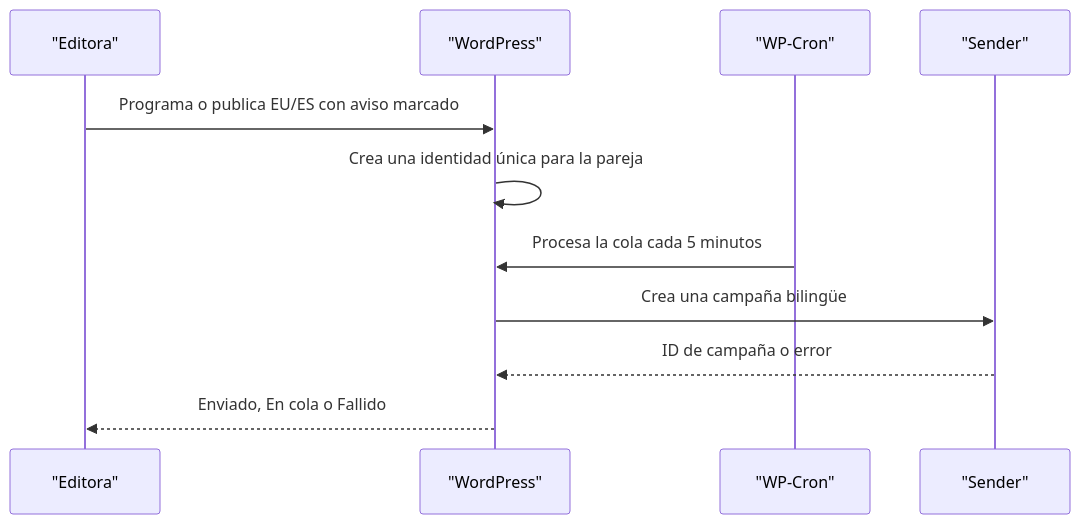
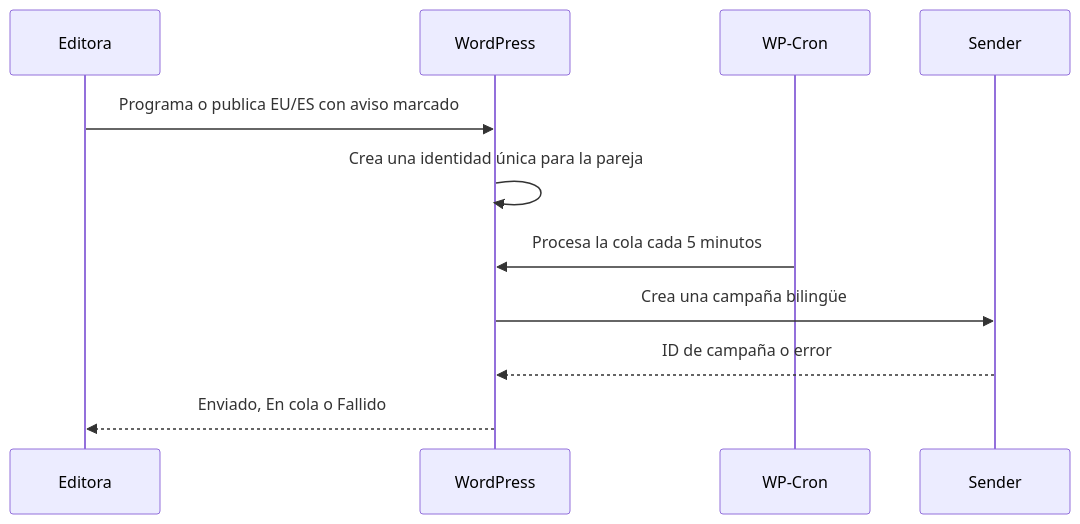
One commit to urtzih/web-egiakermanentzat changed the fourth of 5 diagrams in docs/README-ADMIN-WORDPRESS.md. Above: the diagram before and after it, drawn with Mermaid. The commit also changed other lines of this file and 7 other files, not shown here.

Commit message:
docs: render manual diagrams with Mermaid

```diff
--- a/docs/README-ADMIN-WORDPRESS.md
+++ b/docs/README-ADMIN-WORDPRESS.md
@@ -297,13 +297,13 @@
 ~~~mermaid
 sequenceDiagram
-    participant E as "Editora"
-    participant W as "WordPress"
-    participant C as "WP-Cron"
-    participant S as "Sender"
+    participant E as Editora
+    participant W as WordPress
+    participant C as WP-Cron
+    participant S as Sender
     E->>W: Programa o publica EU/ES con aviso marcado
     W->>W: Crea una identidad única para la pareja
     C->>W: Procesa la cola cada 5 minutos
     W->>S: Crea una campaña bilingüe
     S-->>W: ID de campaña o error
     W-->>E: Enviado, En cola o Fallido
 ~~~
```
